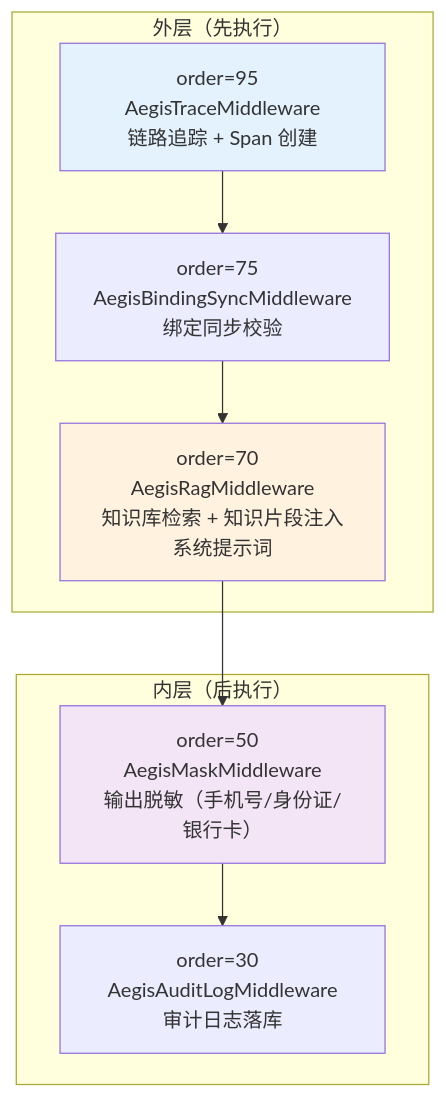
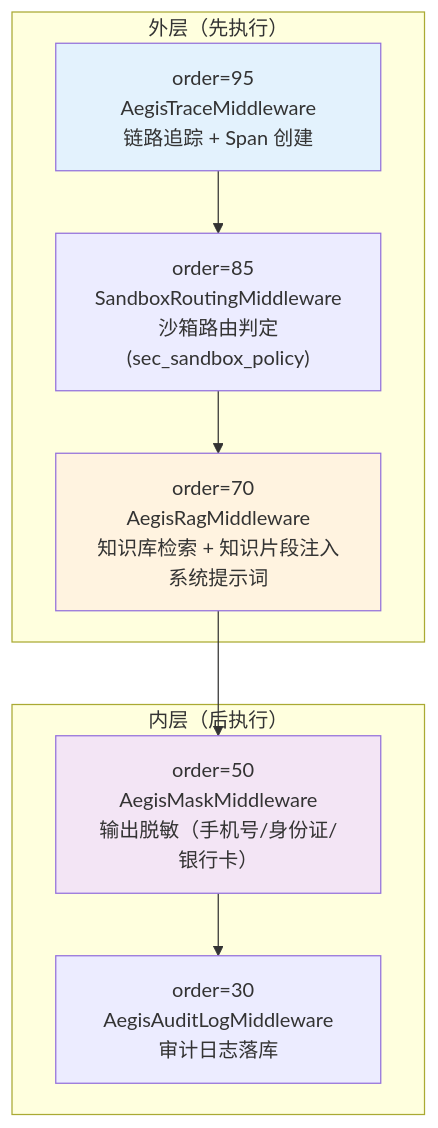
The fifth of 11 diagrams in docs/runtime-execution-flow.md (HarnessAgentStack/AegisAgent), drawn with Mermaid before and after one commit. The commit also changed other lines of this file and 69 other files, not shown here.

````diff
--- a/docs/runtime-execution-flow.md
+++ b/docs/runtime-execution-flow.md
@@ -205,17 +205,17 @@
 ```mermaid
 flowchart TD
     subgraph "外层（先执行）"
         M1["order=95  AegisTraceMiddleware<br/>链路追踪 + Span 创建"]
-        M2["order=75  AegisBindingSyncMiddleware<br/>绑定同步校验"]
+        M2["order=85  SandboxRoutingMiddleware<br/>沙箱路由判定(sec_sandbox_policy)"]
         M3["order=70  AegisRagMiddleware<br/>知识库检索 + 知识片段注入系统提示词"]
     end
     subgraph "内层（后执行）"
         M4["order=50  AegisMaskMiddleware<br/>输出脱敏（手机号/身份证/银行卡）"]
         M5["order=30  AegisAuditLogMiddleware<br/>审计日志落库"]
     end
 
     M1 --> M2 --> M3 --> M4 --> M5
     style M1 fill:#e3f2fd
     style M3 fill:#fff3e0
     style M4 fill:#f3e5f5
 ```
````
